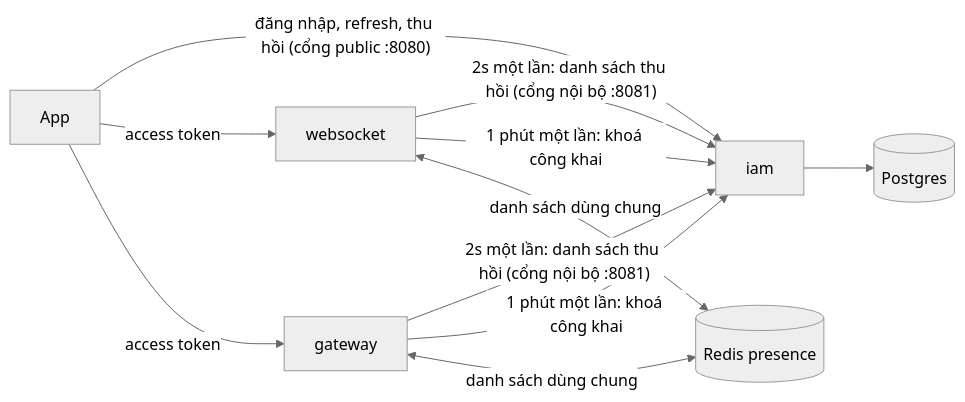
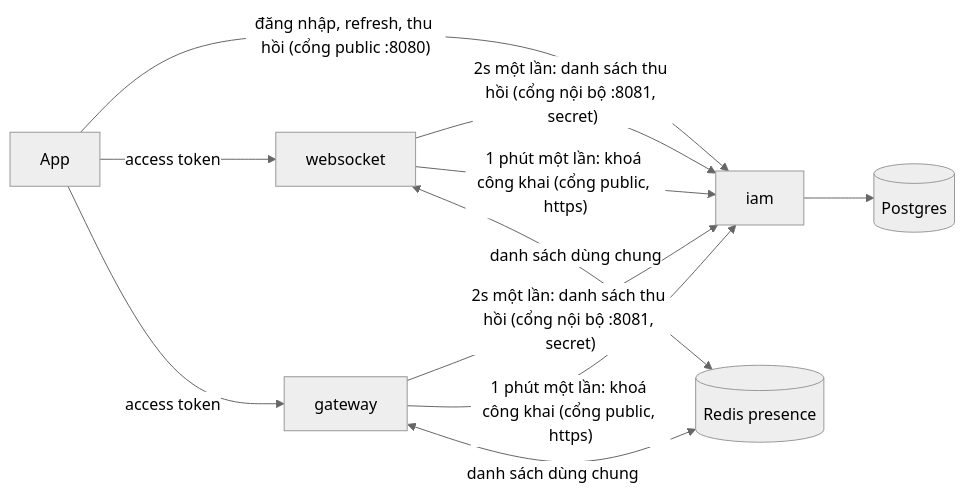
Before and after one commit to ivannguyendev/chatim: the first of 5 diagrams in docs/plans/2026-10-27-m6-2-thu-hoi-toi-node-summary.md, drawn with Mermaid (neutral theme). The commit also changed other lines of this file and 6 other files, not shown here.

````diff
--- a/docs/plans/2026-10-27-m6-2-thu-hoi-toi-node-summary.md
+++ b/docs/plans/2026-10-27-m6-2-thu-hoi-toi-node-summary.md
@@ -50,9 +52,9 @@
 ```mermaid
 flowchart LR
   App -->|"đăng nhập, refresh, thu hồi (cổng public :8080)"| IAM[iam]
   IAM --> PG[(Postgres)]
-  WS[websocket] & GW[gateway] -->|"2s một lần: danh sách thu hồi (cổng nội bộ :8081)"| IAM
-  WS & GW -->|"1 phút một lần: khoá công khai"| IAM
+  WS[websocket] & GW[gateway] -->|"2s một lần: danh sách thu hồi (cổng nội bộ :8081, secret)"| IAM
+  WS & GW -->|"1 phút một lần: khoá công khai (cổng public, https)"| IAM
   WS & GW <-->|"danh sách dùng chung"| RD[(Redis presence)]
   App -->|access token| WS & GW
 ```
````
